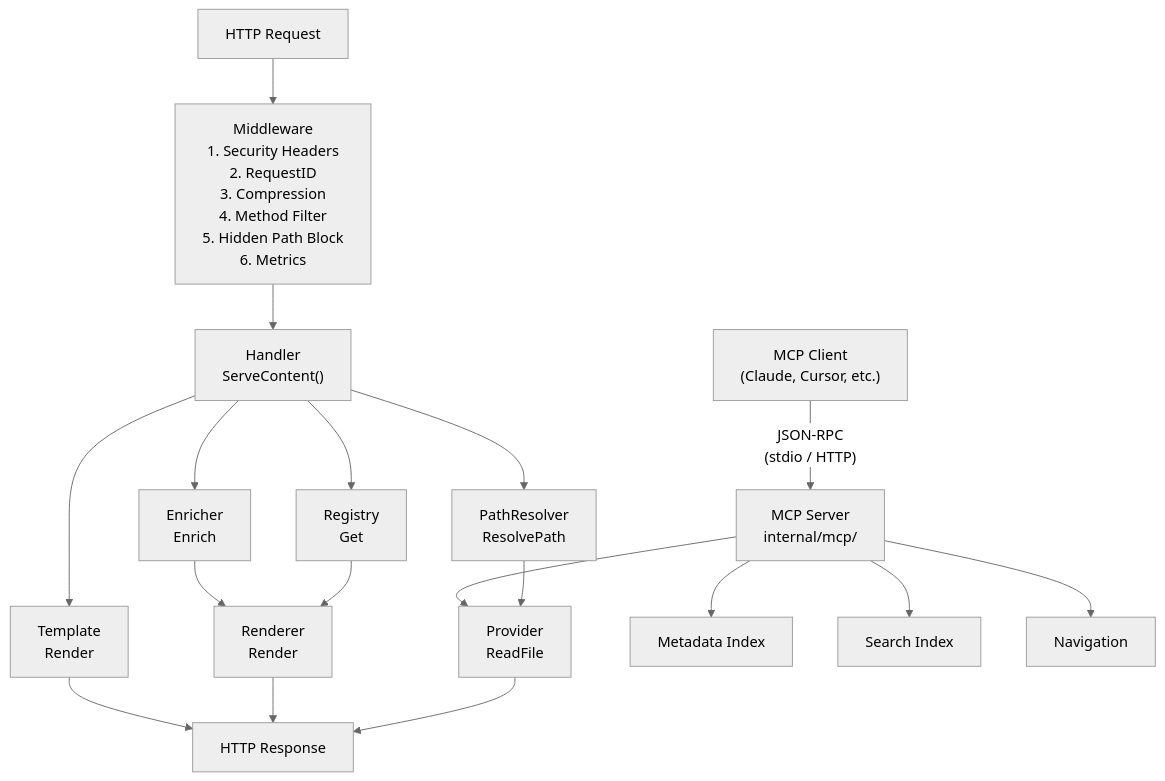
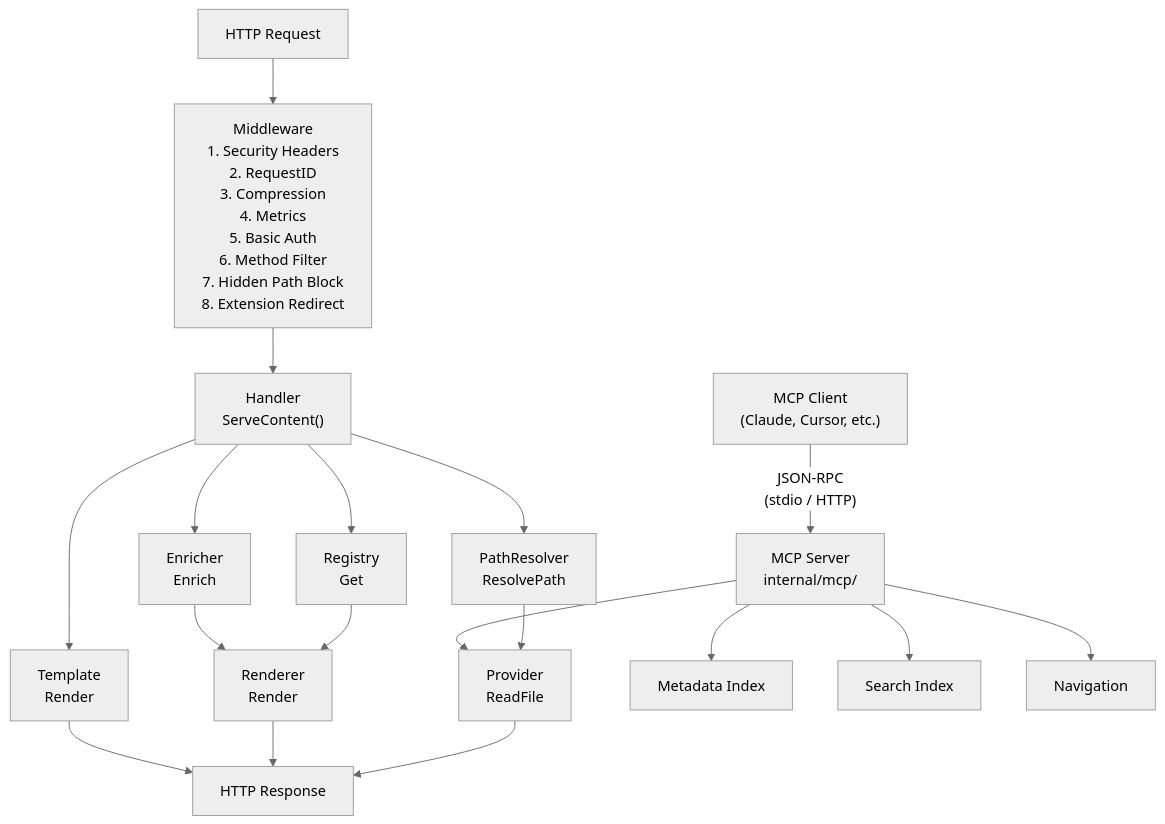
The first of 3 diagrams in docs/architecture.md (monolithiclab/gomddoc), drawn with Mermaid (neutral theme) before and after one commit. The commit also changed other lines of this file and 4 other files, not shown here.

````diff
--- a/docs/architecture.md
+++ b/docs/architecture.md
@@ -17,21 +17,21 @@
 ```mermaid
 graph TD
-    A[HTTP Request] --> B["Middleware<br/>1. Security Headers<br/>2. RequestID<br/>3. Compression<br/>4. Method Filter<br/>5. Hidden Path Block<br/>6. Metrics"]
+    A[HTTP Request] --> B["Middleware<br/>1. Security Headers<br/>2. RequestID<br/>3. Compression<br/>4. Metrics<br/>5. Basic Auth<br/>6. Method Filter<br/>7. Hidden Path Block<br/>8. Extension Redirect"]
     B --> C["Handler<br/>ServeContent()"]
     C --> RES["PathResolver<br/>ResolvePath"]
     RES --> D["Provider<br/>ReadFile"]
     C --> EN["Enricher<br/>Enrich"]
     C --> E["Registry<br/>Get"]
     C --> F["Template<br/>Render"]
     E --> G["Renderer<br/>Render"]
     D --> H[HTTP Response]
     EN --> G
     G --> H
     F --> H
 
     MCP["MCP Client<br/>(Claude, Cursor, etc.)"] -->|"JSON-RPC<br/>(stdio / HTTP)"| MCPS["MCP Server<br/>internal/mcp/"]
     MCPS --> D
     MCPS --> MI["Metadata Index"]
     MCPS --> SI["Search Index"]
     MCPS --> NAV["Navigation"]
 ```
````
